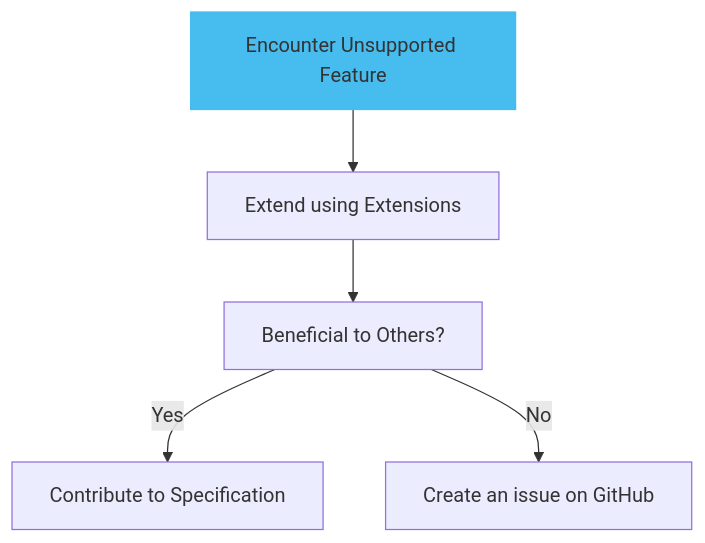
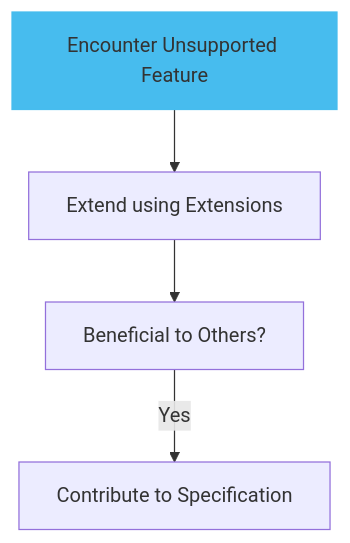
Before and after one commit to asyncapi/website: the second of 2 diagrams in pages/docs/concepts/asyncapi-document/extending-specification.md, drawn with Mermaid. The commit also changed other lines of this file, not shown here.

````diff
--- a/pages/docs/concepts/asyncapi-document/extending-specification.md
+++ b/pages/docs/concepts/asyncapi-document/extending-specification.md
@@ -62,15 +59,13 @@
 ```mermaid
   graph TD
   A[Encounter Unsupported Feature]
   B[Extend using Extensions]
   C[Beneficial to Others?]
   D[Contribute to Specification]
-  E[Create an issue on GitHub]
 
   style A fill:#47BCEE,stroke:#47BCEE;
 
   A --> B
   B --> C
   C -->|Yes| D
-  C -->|No| E
 ```
````
